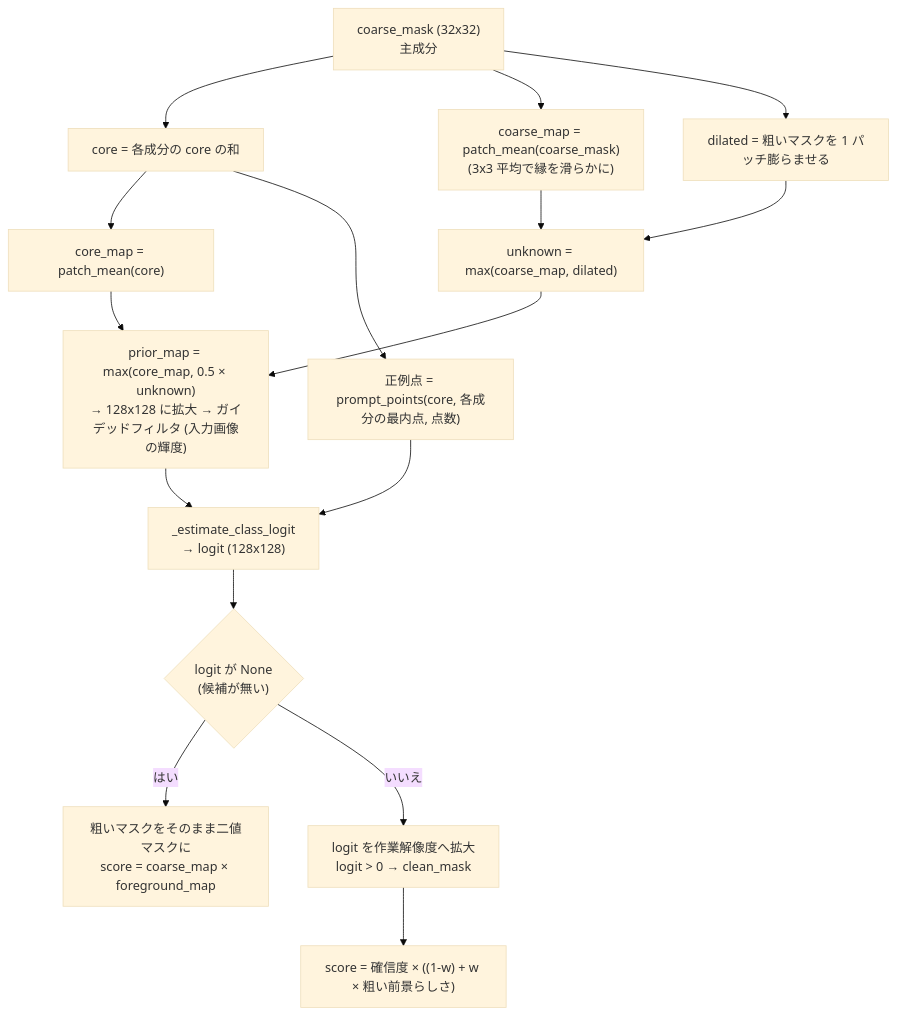
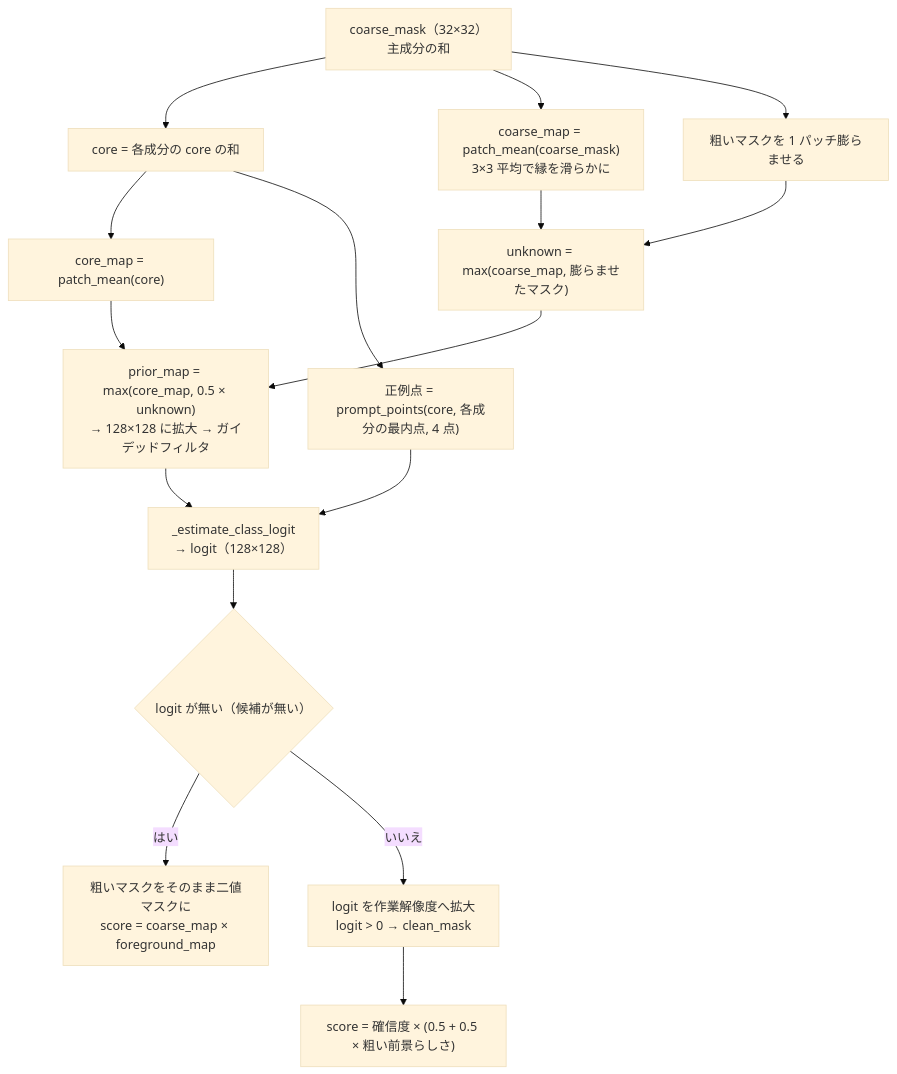
The seventh of 15 diagrams in docs/semantic_refiner.md (fklg-64/pe_anything_detect), drawn with Mermaid (base theme) before and after one commit. The commit also changed other lines of this file and 2 other files, not shown here.

````diff
--- a/docs/semantic_refiner.md
+++ b/docs/semantic_refiner.md
@@ -232,18 +236,18 @@
 ```mermaid
 flowchart TD
-    A["coarse_mask (32x32)<br/>主成分"] --> CORE["core = 各成分の core の和"]
-    A --> CM["coarse_map = patch_mean(coarse_mask)<br/>(3x3 平均で縁を滑らかに)"]
-    A --> DIL["dilated = 粗いマスクを 1 パッチ膨らませる"]
-    CM --> UNK["unknown = max(coarse_map, dilated)"]
+    A["coarse_mask（32×32）<br/>主成分の和"] --> CORE["core = 各成分の core の和"]
+    A --> CM["coarse_map = patch_mean(coarse_mask)<br/>3×3 平均で縁を滑らかに"]
+    A --> DIL["粗いマスクを 1 パッチ膨らませる"]
+    CM --> UNK["unknown = max(coarse_map, 膨らませたマスク)"]
     DIL --> UNK
     CORE --> COREM["core_map = patch_mean(core)"]
-    COREM --> PRIOR
-    UNK --> PRIOR["prior_map = max(core_map, 0.5 × unknown)<br/>→ 128x128 に拡大 → ガイデッドフィルタ (入力画像の輝度)"]
-    CORE --> FG["正例点 = prompt_points(core, 各成分の最内点, 点数)"]
-    PRIOR --> EST["_estimate_class_logit<br/>→ logit (128x128)"]
+    COREM --> PRIOR["prior_map = max(core_map, 0.5 × unknown)<br/>→ 128×128 に拡大 → ガイデッドフィルタ"]
+    UNK --> PRIOR
+    CORE --> FG["正例点 = prompt_points(core, 各成分の最内点, 4 点)"]
+    PRIOR --> EST["_estimate_class_logit<br/>→ logit（128×128）"]
     FG --> EST
-    EST --> NONE{"logit が None<br/>(候補が無い)"}
+    EST --> NONE{"logit が無い（候補が無い）"}
     NONE -->|はい| FALLBACK["粗いマスクをそのまま二値マスクに<br/>score = coarse_map × foreground_map"]
     NONE -->|いいえ| BIN["logit を作業解像度へ拡大<br/>logit > 0 → clean_mask"]
-    BIN --> SC["score = 確信度 × ((1-w) + w × 粗い前景らしさ)"]
+    BIN --> SC["score = 確信度 × (0.5 + 0.5 × 粗い前景らしさ)"]
 ```
````
